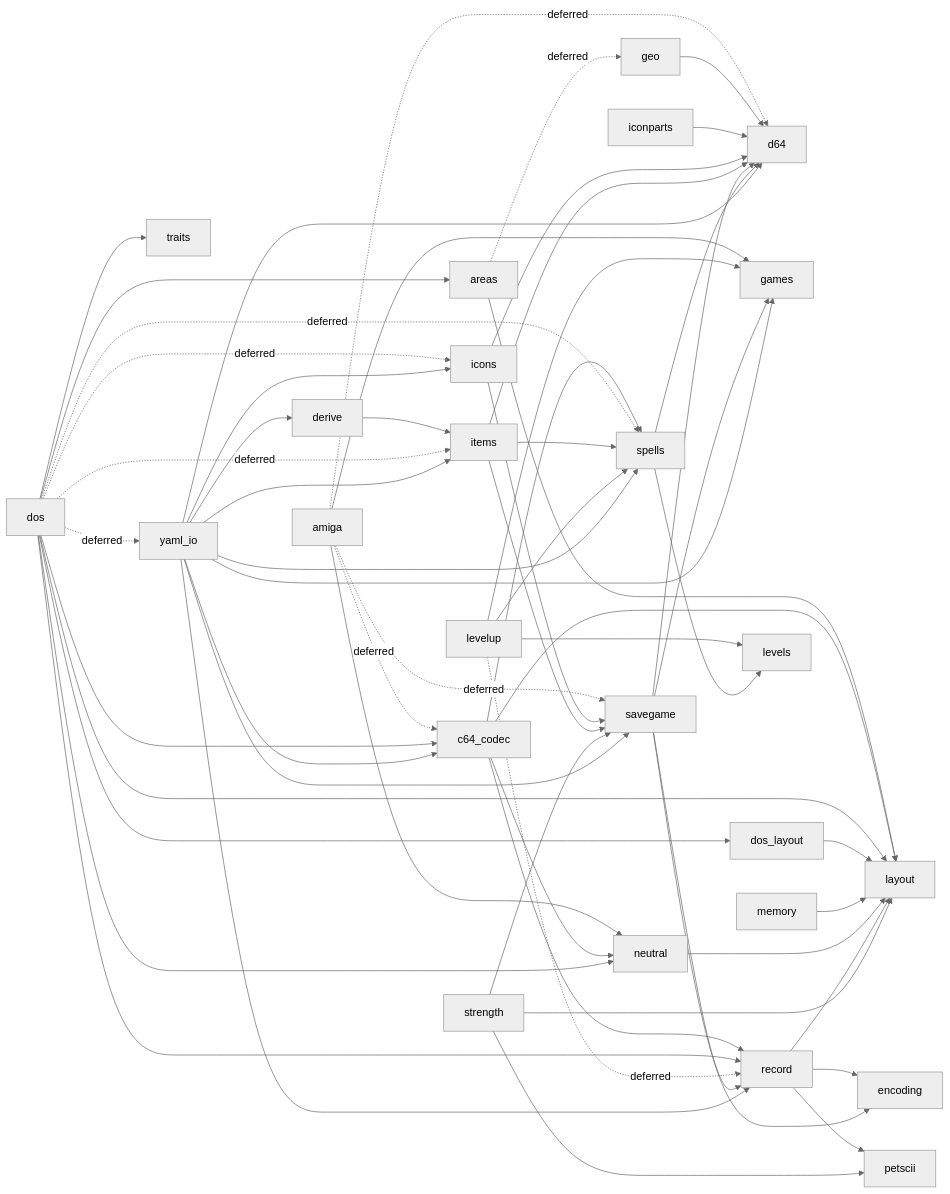
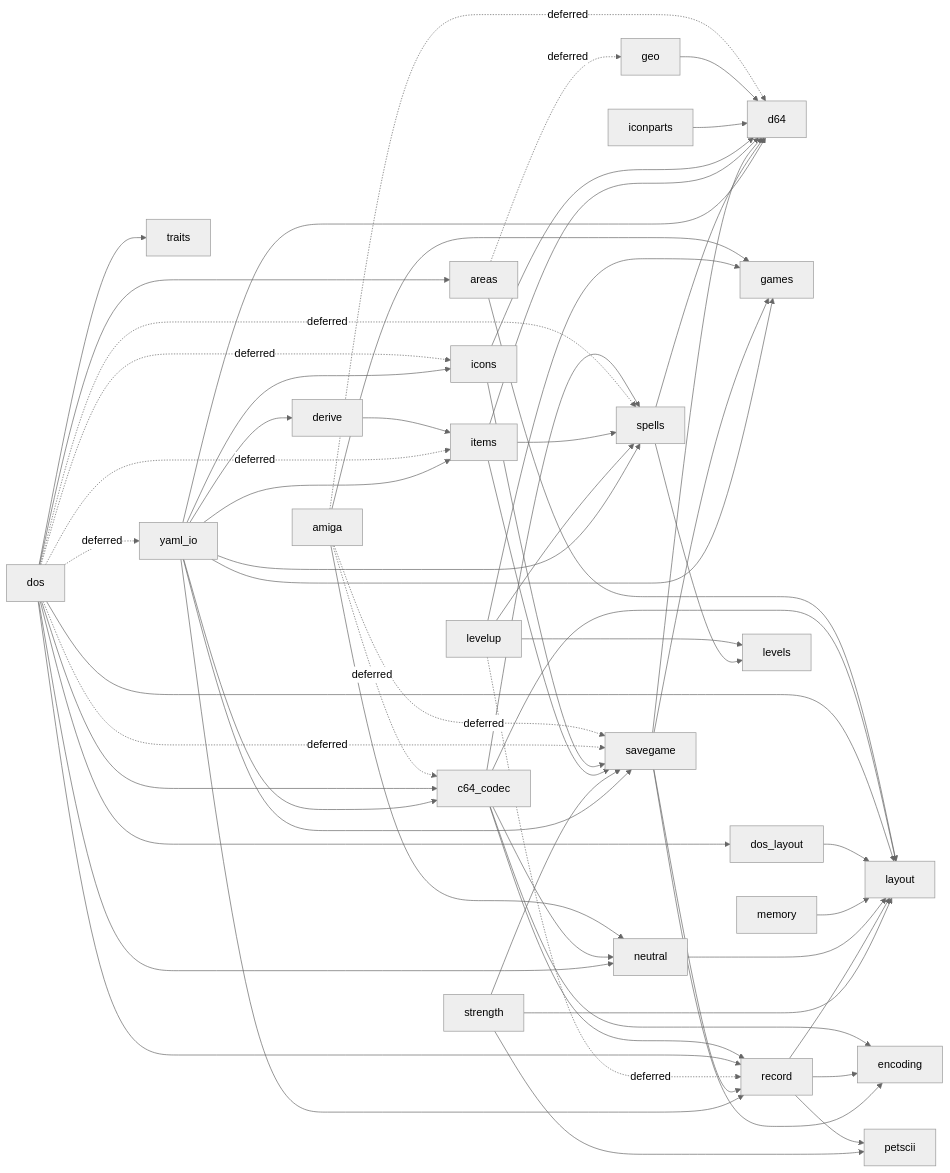
Before and after one commit to malcyon/wish: the fourth of 4 diagrams in docs/117-save-conversion.md, drawn with Mermaid (neutral theme). The commit also changed other lines of this file and 6 other files, not shown here.

````diff
--- a/docs/117-save-conversion.md
+++ b/docs/117-save-conversion.md
@@ -1242,61 +1248,63 @@
 ```mermaid
 graph LR
   amiga -.->|deferred| c64_codec
   amiga -.->|deferred| d64
   amiga --> games
   amiga --> neutral
   amiga -.->|deferred| savegame
   areas -.->|deferred| geo
   areas --> layout
+  c64_codec --> encoding
   c64_codec --> layout
   c64_codec --> neutral
   c64_codec --> record
   c64_codec --> spells
   derive --> items
   dos --> areas
   dos --> c64_codec
   dos --> dos_layout
   dos -.->|deferred| icons
   dos -.->|deferred| items
   dos --> layout
   dos --> neutral
   dos --> record
+  dos -.->|deferred| savegame
   dos -.->|deferred| spells
   dos --> traits
   dos -.->|deferred| yaml_io
   dos_layout --> layout
   geo --> d64
   iconparts --> d64
   icons --> d64
   icons --> savegame
   items --> d64
   items --> savegame
   items --> spells
   levelup --> games
   levelup --> levels
   levelup -.->|deferred| record
   levelup --> spells
   memory --> layout
   neutral --> layout
   record --> encoding
   record --> layout
   record --> petscii
   savegame --> d64
   savegame --> encoding
   savegame --> games
   savegame --> record
   spells --> d64
   spells --> levels
   strength --> layout
   strength --> petscii
   strength --> savegame
   yaml_io --> c64_codec
   yaml_io --> d64
   yaml_io --> derive
   yaml_io --> games
   yaml_io --> icons
   yaml_io --> items
   yaml_io --> record
   yaml_io --> savegame
   yaml_io --> spells
 ```
````
